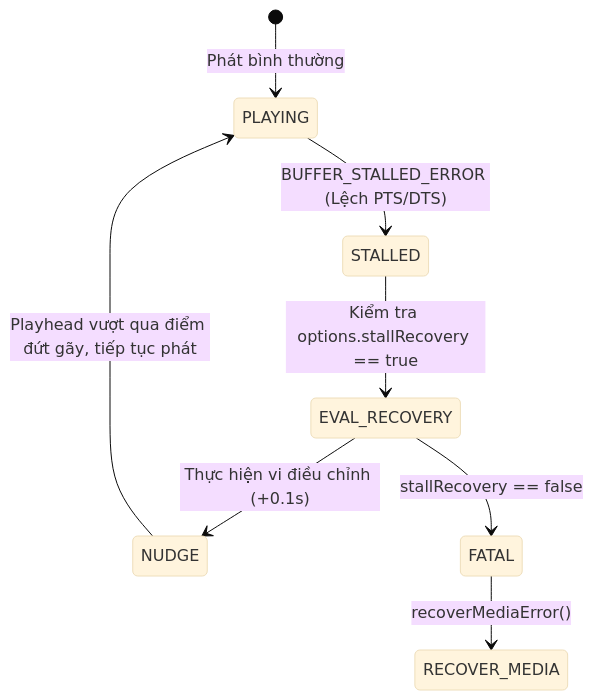
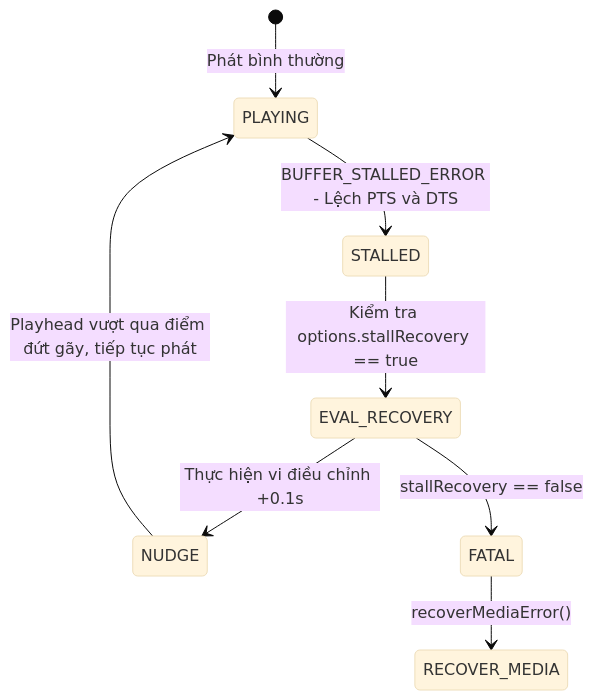
The third of 4 diagrams in PIPELINE_ARCHITECTURE.md (nguyenquocanhz/DarkPlayerJS), drawn with Mermaid (base theme) before and after one commit. The commit also changed other lines of this file and 1 other file, not shown here.

Commit message:
fix(docs): Fix Mermaid syntax error in edge labels and add Technical Dissertation

````diff
--- a/PIPELINE_ARCHITECTURE.md
+++ b/PIPELINE_ARCHITECTURE.md
@@ -220,10 +220,10 @@
 ```mermaid
 stateDiagram-v2
     [*] --> PLAYING: Phát bình thường
-    PLAYING --> STALLED: BUFFER_STALLED_ERROR (Lệch PTS/DTS)
+    PLAYING --> STALLED: BUFFER_STALLED_ERROR - Lệch PTS và DTS
     STALLED --> EVAL_RECOVERY: Kiểm tra options.stallRecovery == true
-    EVAL_RECOVERY --> NUDGE: Thực hiện vi điều chỉnh (+0.1s)
+    EVAL_RECOVERY --> NUDGE: Thực hiện vi điều chỉnh +0.1s
     NUDGE --> PLAYING: Playhead vượt qua điểm đứt gãy, tiếp tục phát
     EVAL_RECOVERY --> FATAL: stallRecovery == false
     FATAL --> RECOVER_MEDIA: recoverMediaError()
 ```
````
